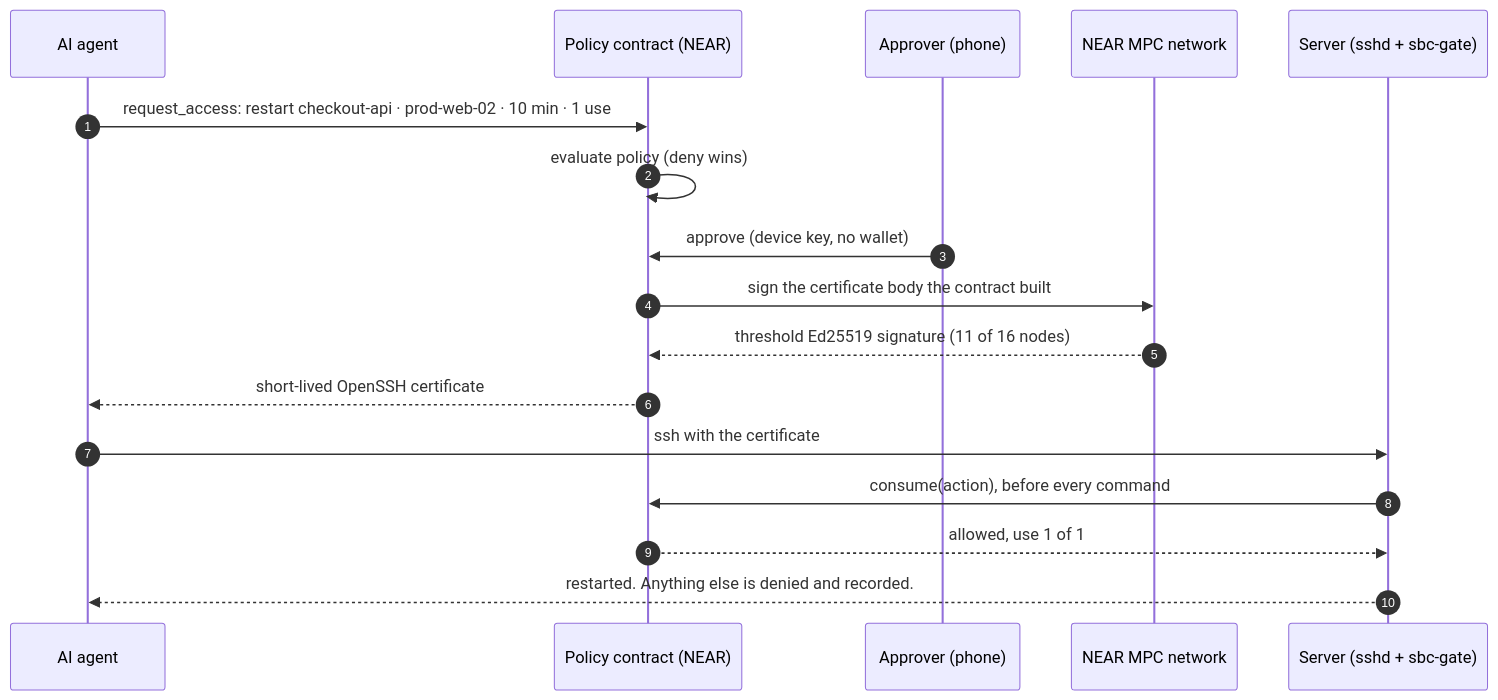
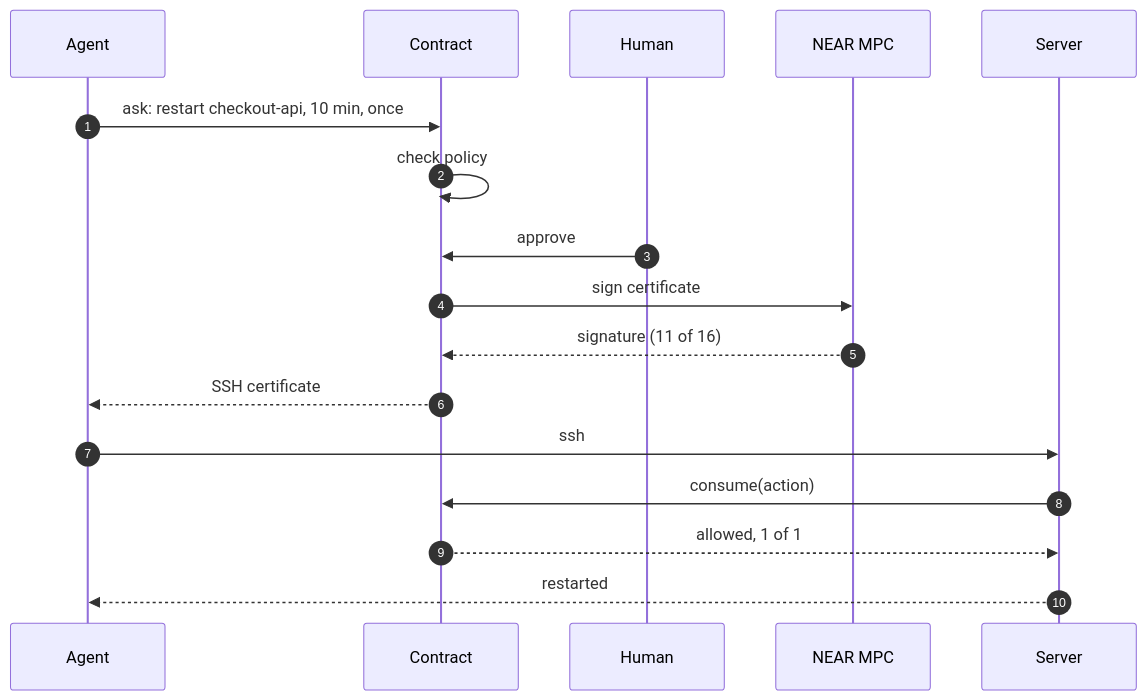
One commit to BoyofMars/sudo-by-contract changed the diagram in README.md. Above: the diagram before and after it, drawn with Mermaid.

Commit message:
README: tighter sequence diagram so GitHub renders it full size

````diff
--- a/README.md
+++ b/README.md
@@ -87,19 +87,19 @@
 ```mermaid
 sequenceDiagram
     autonumber
-    participant A as AI agent
-    participant C as Policy contract (NEAR)
-    participant H as Approver (phone)
-    participant M as NEAR MPC network
-    participant S as Server (sshd + sbc-gate)
-    A->>C: request_access: restart checkout-api · prod-web-02 · 10 min · 1 use
-    C->>C: evaluate policy (deny wins)
-    H->>C: approve (device key, no wallet)
-    C->>M: sign the certificate body the contract built
-    M-->>C: threshold Ed25519 signature (11 of 16 nodes)
-    C-->>A: short-lived OpenSSH certificate
-    A->>S: ssh with the certificate
-    S->>C: consume(action), before every command
-    C-->>S: allowed, use 1 of 1
-    S-->>A: restarted. Anything else is denied and recorded.
+    participant A as Agent
+    participant C as Contract
+    participant H as Human
+    participant M as NEAR MPC
+    participant S as Server
+    A->>C: ask: restart checkout-api, 10 min, once
+    C->>C: check policy
+    H->>C: approve
+    C->>M: sign certificate
+    M-->>C: signature (11 of 16)
+    C-->>A: SSH certificate
+    A->>S: ssh
+    S->>C: consume(action)
+    C-->>S: allowed, 1 of 1
+    S-->>A: restarted
 ```
````
